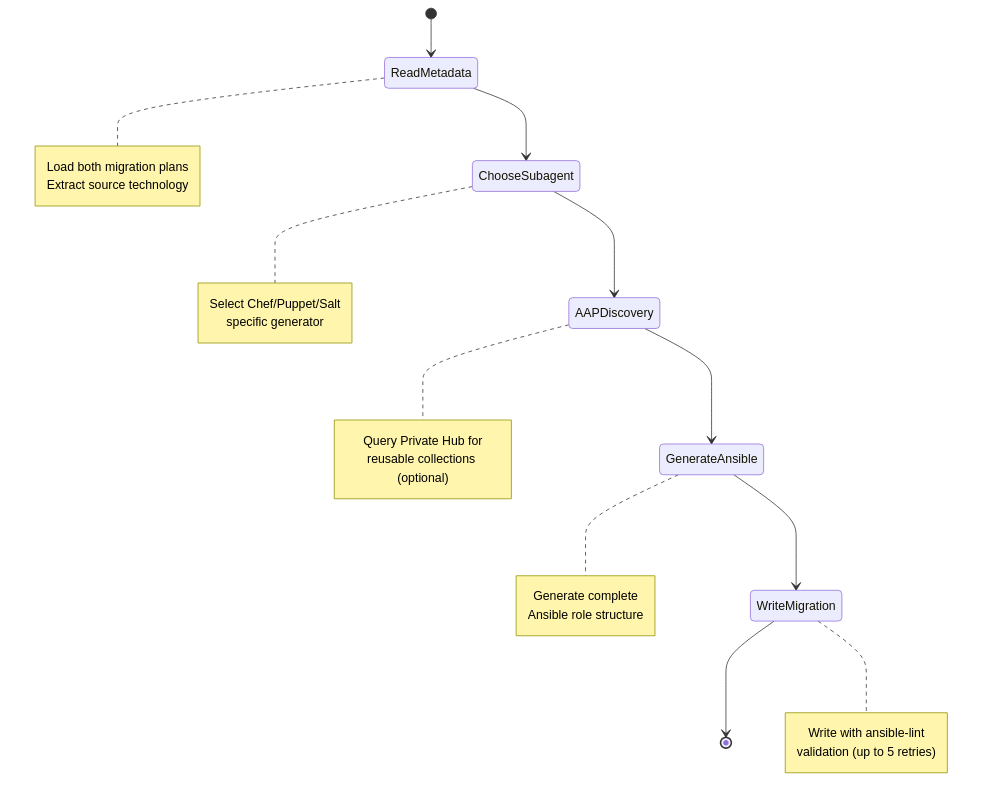
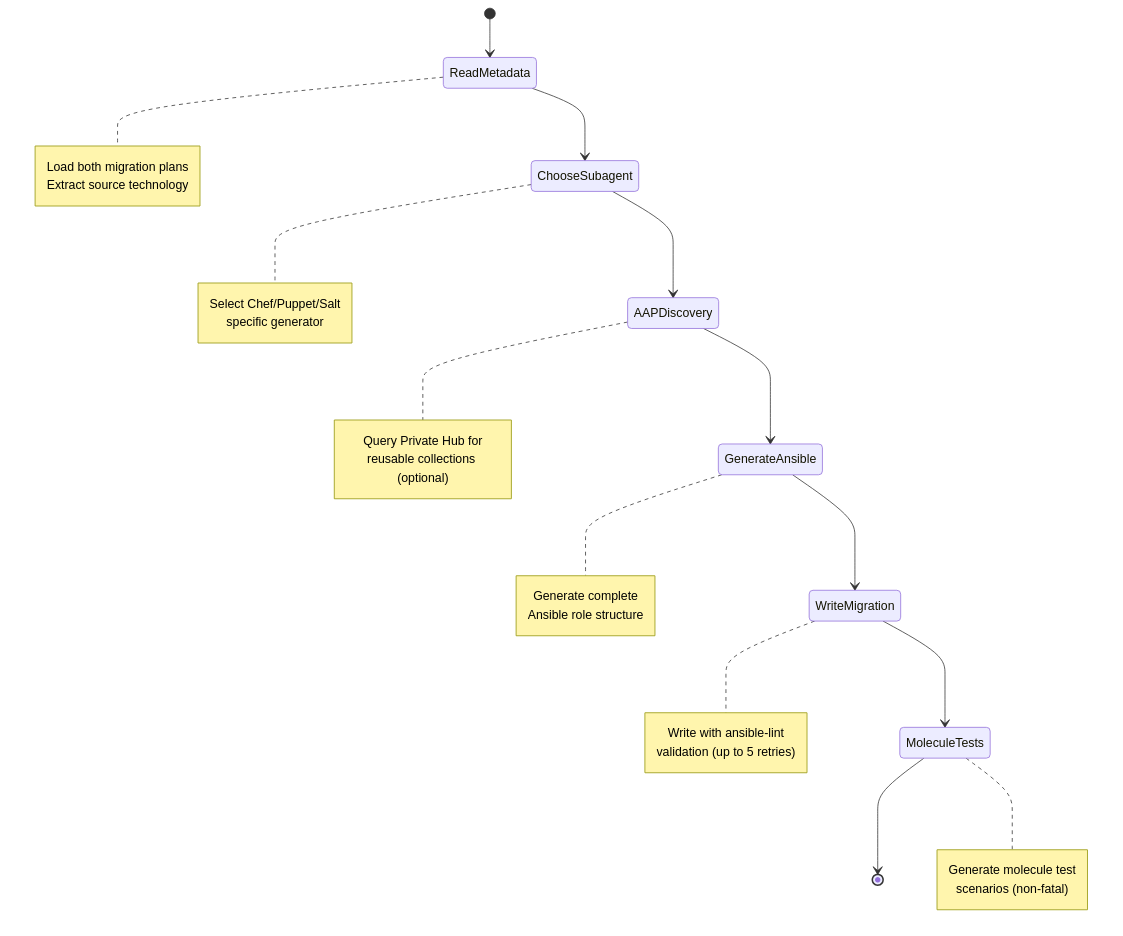
The second of 7 diagrams in docs/concepts/export-agents.md (x2ansible/x2a-convertor), drawn with Mermaid before and after one commit. The commit also changed other lines of this file and 11 other files, not shown here.

````diff
--- a/docs/concepts/export-agents.md
+++ b/docs/concepts/export-agents.md
@@ -45,34 +45,40 @@
 ```mermaid
 stateDiagram-v2
     [*] --> ReadMetadata
     ReadMetadata --> ChooseSubagent
     ChooseSubagent --> AAPDiscovery
     AAPDiscovery --> GenerateAnsible
     GenerateAnsible --> WriteMigration
-    WriteMigration --> [*]
+    WriteMigration --> MoleculeTests
+    MoleculeTests --> [*]
 
     note right of ReadMetadata
         Load both migration plans
         Extract source technology
     end note
 
     note right of ChooseSubagent
         Select Chef/Puppet/Salt
         specific generator
     end note
 
     note right of AAPDiscovery
         Query Private Hub for
         reusable collections (optional)
     end note
 
     note right of GenerateAnsible
         Generate complete
         Ansible role structure
     end note
 
     note right of WriteMigration
         Write with ansible-lint
         validation (up to 5 retries)
     end note
+
+    note right of MoleculeTests
+        Generate molecule test
+        scenarios (non-fatal)
+    end note
 ```
````
